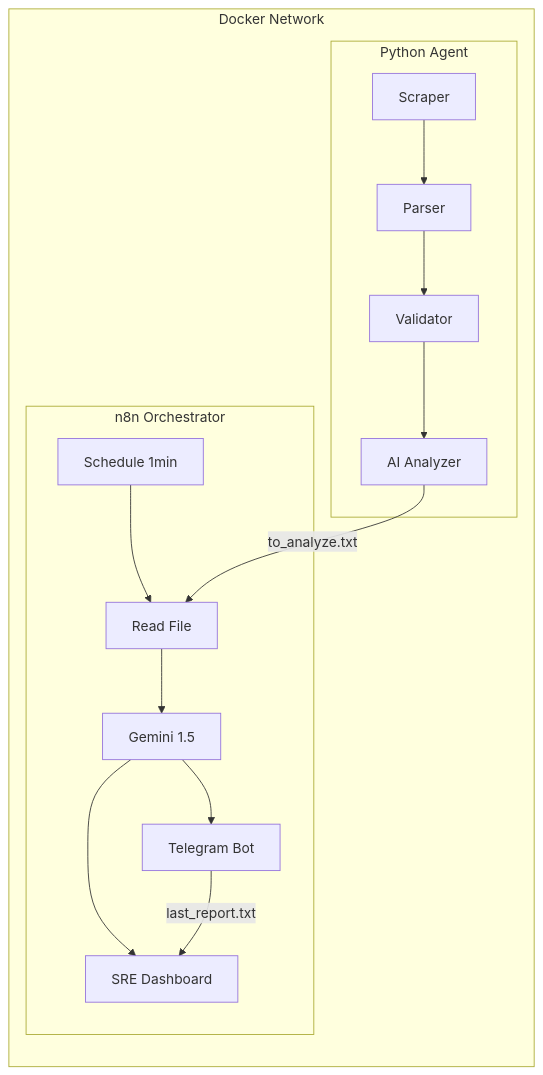
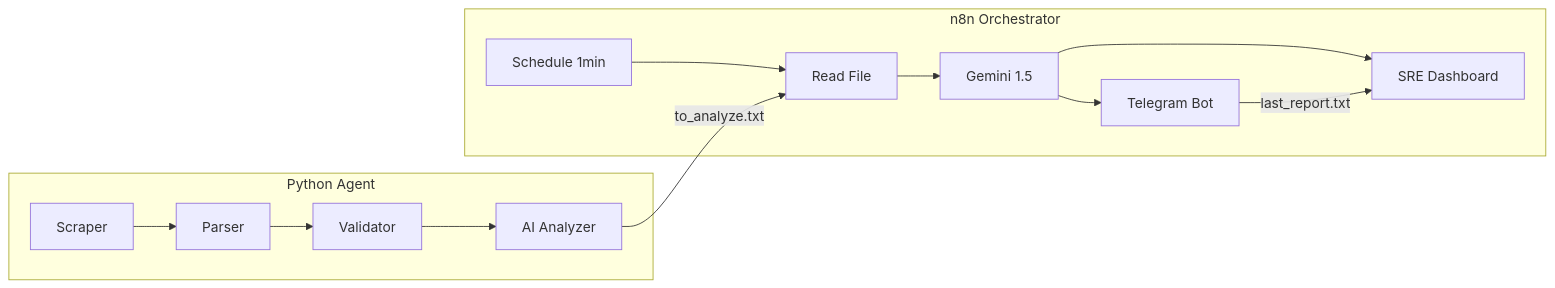
One commit to shopatomek/Projekt4 changed the diagram in README.md. Above: the diagram before and after it, drawn with Mermaid. The commit also changed other lines of this file and 1 other file, not shown here.

````diff
--- a/README.md
+++ b/README.md
@@ -10,16 +49,16 @@
 ```mermaid
 flowchart LR
-    subgraph Docker Network
-        subgraph Agent["Python Agent"]
-            S[Scraper] --> P[Parser] --> V[Validator] --> A[AI Analyzer]
-        end
-        subgraph N8N["n8n Orchestrator"]
-            SCH[Schedule 1min] --> RF[Read File]
-            RF --> G[Gemini 1.5]
-            G --> TG[Telegram Bot]
-            G --> DB[SRE Dashboard]
-        end
-        A -->|to_analyze.txt| RF
-        TG -->|last_report.txt| DB
+    subgraph Agent["Python Agent"]
+        S[Scraper] --> P[Parser] --> V[Validator] --> A[AI Analyzer]
     end
+
+    subgraph N8N["n8n Orchestrator"]
+        SCH[Schedule 1min] --> RF[Read File]
+        RF --> G[Gemini 1.5]
+        G --> TG[Telegram Bot]
+        G --> DB[SRE Dashboard]
+    end
+
+    A -->|to_analyze.txt| RF
+    TG -->|last_report.txt| DB
 ```
````
